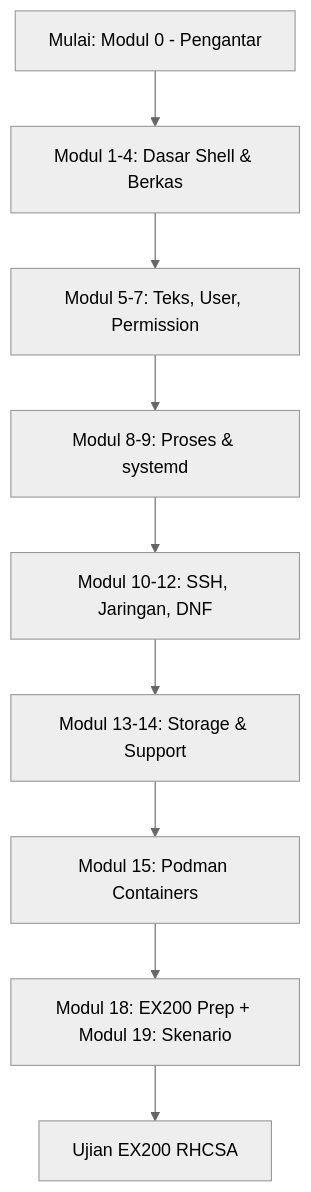
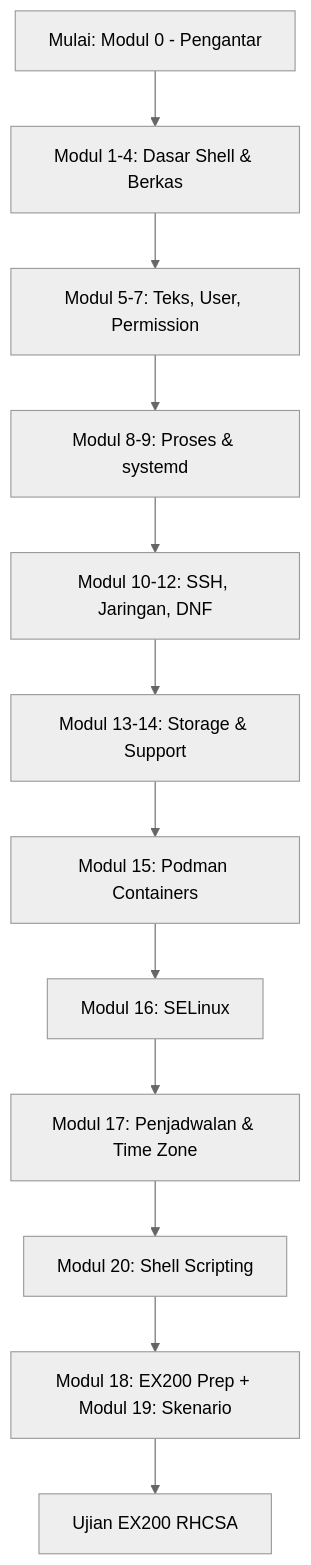
Before and after one commit to masrizram/rhcsa-rh124-rh199-guide: the diagram in docs/pusat-belajar.md, drawn with Mermaid (neutral theme). The commit also changed other lines of this file and 2 other files, not shown here.

Commit message:
Audit fix: rapikan penomoran Modul 13 (1-15 tanpa duplikat), tambah Modul 16/17/18/19/20 ke README & pusat-belajar nav

````diff
--- a/docs/pusat-belajar.md
+++ b/docs/pusat-belajar.md
@@ -8,11 +8,14 @@
 ```mermaid
 flowchart TD
     A[Mulai: Modul 0 - Pengantar] --> B[Modul 1-4: Dasar Shell & Berkas]
     B --> C[Modul 5-7: Teks, User, Permission]
     C --> D[Modul 8-9: Proses & systemd]
     D --> E[Modul 10-12: SSH, Jaringan, DNF]
     E --> F[Modul 13-14: Storage & Support]
     F --> G[Modul 15: Podman Containers]
-    G --> H[Modul 18: EX200 Prep + Modul 19: Skenario]
-    H --> I[Ujian EX200 RHCSA]
+    G --> H[Modul 16: SELinux]
+    H --> I[Modul 17: Penjadwalan & Time Zone]
+    I --> J[Modul 20: Shell Scripting]
+    J --> K[Modul 18: EX200 Prep + Modul 19: Skenario]
+    K --> L[Ujian EX200 RHCSA]
 ```
````
